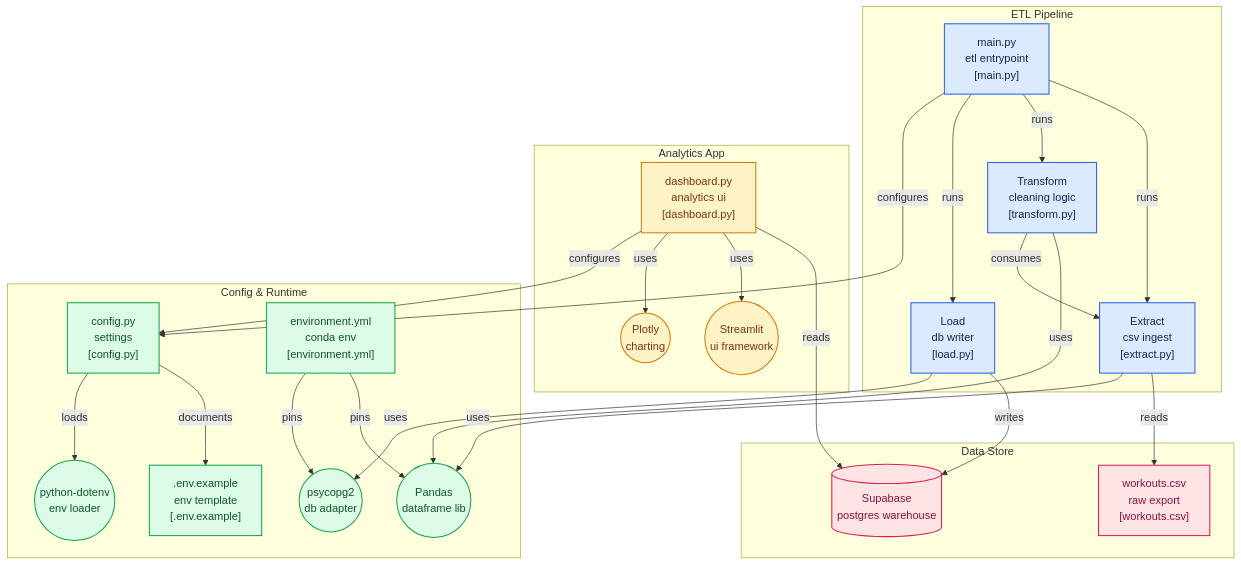
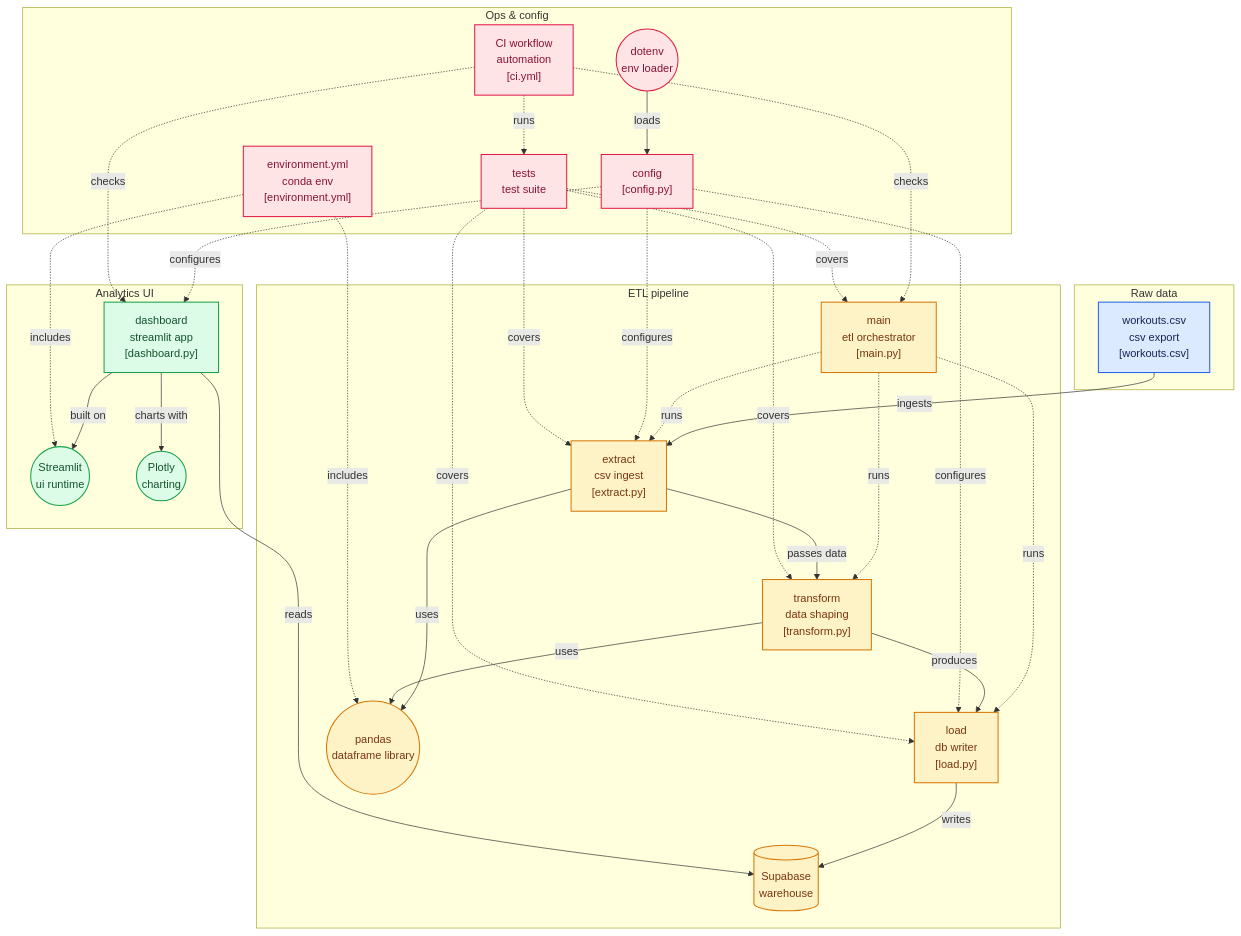
One commit to ahmed-abdelwahed1/hevy-flow changed the second of 2 diagrams in README.md. Above: the diagram before and after it, drawn with Mermaid.

Commit message:
docs: Update the detailed pipeline flow

````diff
--- a/README.md
+++ b/README.md
@@ -51,71 +51,78 @@
 ```mermaid
 flowchart TD
 
-subgraph group_group_etl["ETL Pipeline"]
-  node_main_py["main.py<br/>etl entrypoint<br/>[main.py]"]
-  node_extract_py["Extract<br/>csv ingest<br/>[extract.py]"]
-  node_transform_py["Transform<br/>cleaning logic<br/>[transform.py]"]
-  node_load_py["Load<br/>db writer<br/>[load.py]"]
+subgraph group_g_raw["Raw data"]
+  node_n_raw_csv["workouts.csv<br/>csv export<br/>[workouts.csv]"]
 end
 
-subgraph group_group_analytics["Analytics App"]
-  node_dashboard_py["dashboard.py<br/>analytics ui<br/>[dashboard.py]"]
-  node_streamlit(("Streamlit<br/>ui framework"))
-  node_plotly(("Plotly<br/>charting"))
+subgraph group_g_etl["ETL pipeline"]
+  node_n_main["main<br/>etl orchestrator<br/>[main.py]"]
+  node_n_extract["extract<br/>csv ingest<br/>[extract.py]"]
+  node_n_transform["transform<br/>data shaping<br/>[transform.py]"]
+  node_n_load["load<br/>db writer<br/>[load.py]"]
+  node_n_pandas(("pandas<br/>dataframe library"))
+  node_n_supabase[("Supabase<br/>warehouse")]
 end
 
-subgraph group_group_config["Config & Runtime"]
-  node_config_py["config.py<br/>settings<br/>[config.py]"]
-  node_env_example[".env.example<br/>env template<br/>[.env.example]"]
-  node_environment_yml["environment.yml<br/>conda env<br/>[environment.yml]"]
-  node_pandas(("Pandas<br/>dataframe lib"))
-  node_psycopg2(("psycopg2<br/>db adapter"))
-  node_dotenv(("python-dotenv<br/>env loader"))
+subgraph group_g_app["Analytics UI"]
+  node_n_dashboard["dashboard<br/>streamlit app<br/>[dashboard.py]"]
+  node_n_streamlit(("Streamlit<br/>ui runtime"))
+  node_n_plotly(("Plotly<br/>charting"))
 end
 
-subgraph group_group_storage["Data Store"]
-  node_workouts_csv["workouts.csv<br/>raw export<br/>[workouts.csv]"]
-  node_supabase_db[("Supabase<br/>postgres warehouse")]
+subgraph group_g_ops["Ops & config"]
+  node_n_config["config<br/>[config.py]"]
+  node_n_dotenv(("dotenv<br/>env loader"))
+  node_n_env["environment.yml<br/>conda env<br/>[environment.yml]"]
+  node_n_ci["CI workflow<br/>automation<br/>[ci.yml]"]
+  node_n_tests["tests<br/>test suite"]
 end
 
-node_main_py -->|"runs"| node_extract_py
-node_main_py -->|"runs"| node_transform_py
-node_main_py -->|"runs"| node_load_py
-node_extract_py -->|"reads"| node_workouts_csv
-node_extract_py -->|"uses"| node_pandas
-node_transform_py -->|"uses"| node_pandas
-node_transform_py -->|"consumes"| node_extract_py
-node_load_py -->|"writes"| node_supabase_db
-node_load_py -->|"uses"| node_psycopg2
-node_dashboard_py -->|"reads"| node_supabase_db
-node_dashboard_py -->|"uses"| node_streamlit
-node_dashboard_py -->|"uses"| node_plotly
-node_config_py -->|"documents"| node_env_example
-node_config_py -->|"loads"| node_dotenv
-node_main_py -->|"configures"| node_config_py
-node_dashboard_py -->|"configures"| node_config_py
-node_environment_yml -->|"pins"| node_pandas
-node_environment_yml -->|"pins"| node_psycopg2
+node_n_raw_csv -->|"ingests"| node_n_extract
+node_n_main -.->|"runs"| node_n_extract
+node_n_main -.->|"runs"| node_n_transform
+node_n_main -.->|"runs"| node_n_load
+node_n_extract -->|"uses"| node_n_pandas
+node_n_extract -->|"passes data"| node_n_transform
+node_n_transform -->|"uses"| node_n_pandas
+node_n_transform -->|"produces"| node_n_load
+node_n_load -->|"writes"| node_n_supabase
+node_n_dashboard -->|"reads"| node_n_supabase
+node_n_dashboard -->|"built on"| node_n_streamlit
+node_n_dashboard -->|"charts with"| node_n_plotly
+node_n_config -.->|"configures"| node_n_extract
+node_n_config -.->|"configures"| node_n_load
+node_n_config -.->|"configures"| node_n_dashboard
+node_n_dotenv -->|"loads"| node_n_config
+node_n_env -.->|"includes"| node_n_pandas
+node_n_env -.->|"includes"| node_n_streamlit
+node_n_ci -.->|"runs"| node_n_tests
+node_n_ci -.->|"checks"| node_n_main
+node_n_ci -.->|"checks"| node_n_dashboard
+node_n_tests -.->|"covers"| node_n_extract
+node_n_tests -.->|"covers"| node_n_transform
+node_n_tests -.->|"covers"| node_n_load
+node_n_tests -.->|"covers"| node_n_main
 
-click node_main_py "https://github.com/ahmed-abdelwahed1/hevy-flow/blob/main/main.py"
-click node_extract_py "https://github.com/ahmed-abdelwahed1/hevy-flow/blob/main/etl/extract.py"
-click node_transform_py "https://github.com/ahmed-abdelwahed1/hevy-flow/blob/main/etl/transform.py"
-click node_load_py "https://github.com/ahmed-abdelwahed1/hevy-flow/blob/main/etl/load.py"
-click node_workouts_csv "https://github.com/ahmed-abdelwahed1/hevy-flow/blob/main/data/workouts.csv"
-click node_dashboard_py "https://github.com/ahmed-abdelwahed1/hevy-flow/blob/main/dashboard.py"
-click node_config_py "https://github.com/ahmed-abdelwahed1/hevy-flow/blob/main/config.py"
-click node_env_example "https://github.com/ahmed-abdelwahed1/hevy-flow/blob/main/.env.example"
-click node_environment_yml "https://github.com/ahmed-abdelwahed1/hevy-flow/blob/main/environment.yml"
+click node_n_raw_csv "https://github.com/ahmed-abdelwahed1/hevy-flow/blob/main/data/workouts.csv"
+click node_n_main "https://github.com/ahmed-abdelwahed1/hevy-flow/blob/main/main.py"
+click node_n_extract "https://github.com/ahmed-abdelwahed1/hevy-flow/blob/main/etl/extract.py"
+click node_n_transform "https://github.com/ahmed-abdelwahed1/hevy-flow/blob/main/etl/transform.py"
+click node_n_load "https://github.com/ahmed-abdelwahed1/hevy-flow/blob/main/etl/load.py"
+click node_n_dashboard "https://github.com/ahmed-abdelwahed1/hevy-flow/blob/main/dashboard.py"
+click node_n_config "https://github.com/ahmed-abdelwahed1/hevy-flow/blob/main/config.py"
+click node_n_env "https://github.com/ahmed-abdelwahed1/hevy-flow/blob/main/environment.yml"
+click node_n_ci "https://github.com/ahmed-abdelwahed1/hevy-flow/blob/main/.github/workflows/ci.yml"
 
 classDef toneNeutral fill:#f8fafc,stroke:#334155,stroke-width:1.5px,color:#0f172a
 classDef toneBlue fill:#dbeafe,stroke:#2563eb,stroke-width:1.5px,color:#172554
 classDef toneAmber fill:#fef3c7,stroke:#d97706,stroke-width:1.5px,color:#78350f
 classDef toneMint fill:#dcfce7,stroke:#16a34a,stroke-width:1.5px,color:#14532d
 classDef toneRose fill:#ffe4e6,stroke:#e11d48,stroke-width:1.5px,color:#881337
 classDef toneIndigo fill:#e0e7ff,stroke:#4f46e5,stroke-width:1.5px,color:#312e81
 classDef toneTeal fill:#ccfbf1,stroke:#0f766e,stroke-width:1.5px,color:#134e4a
-class node_main_py,node_extract_py,node_transform_py,node_load_py toneBlue
-class node_dashboard_py,node_streamlit,node_plotly toneAmber
-class node_config_py,node_env_example,node_environment_yml,node_pandas,node_psycopg2,node_dotenv toneMint
-class node_workouts_csv,node_supabase_db toneRose
+class node_n_raw_csv toneBlue
+class node_n_main,node_n_extract,node_n_transform,node_n_load,node_n_pandas,node_n_supabase toneAmber
+class node_n_dashboard,node_n_streamlit,node_n_plotly toneMint
+class node_n_config,node_n_dotenv,node_n_env,node_n_ci,node_n_tests toneRose
 ```
````
